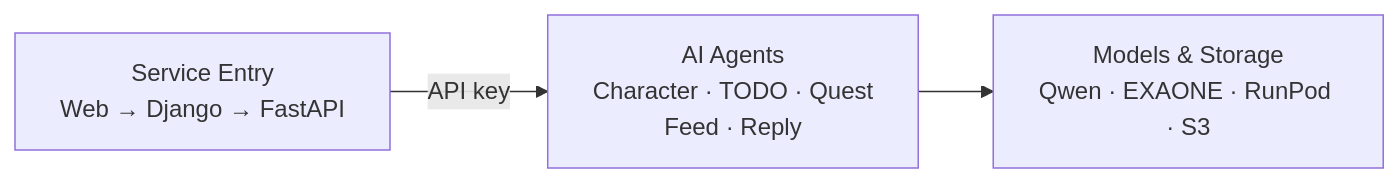
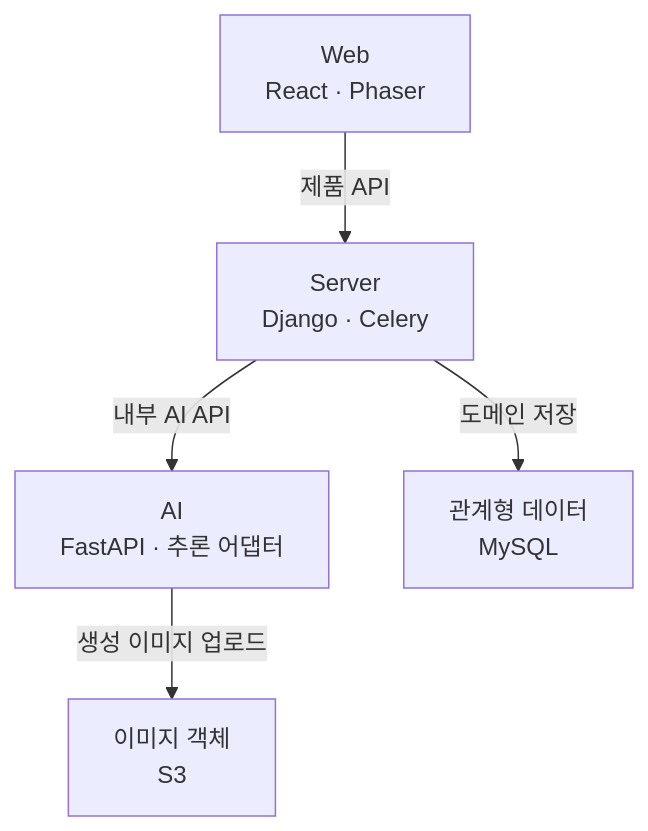
Before and after one commit to bigmooon/mongle-ai: the second of 2 diagrams in README.md, drawn with Mermaid. The commit also changed other lines of this file and 1 other file, not shown here.

Commit message:
docs: align README architecture and user flows with implementation

````diff
--- a/README.md
+++ b/README.md
@@ -64,8 +112,13 @@
 ```mermaid
-flowchart LR
-    ENTRY["Service Entry<br/>Web → Django → FastAPI"]
-    AGENTS["AI Agents<br/>Character · TODO · Quest<br/>Feed · Reply"]
-    PROVIDERS["Models & Storage<br/>Qwen · EXAONE · RunPod · S3"]
+flowchart TB
+    WEB["Web<br/>React · Phaser"]
+    SERVER["Server<br/>Django · Celery"]
+    AI["AI<br/>FastAPI · 추론 어댑터"]
+    DB["관계형 데이터<br/>MySQL"]
+    MEDIA["이미지 객체<br/>S3"]
 
-    ENTRY -->|API key| AGENTS --> PROVIDERS
+    WEB -->|제품 API| SERVER
+    SERVER -->|내부 AI API| AI
+    SERVER -->|도메인 저장| DB
+    AI -->|생성 이미지 업로드| MEDIA
 ```
````
